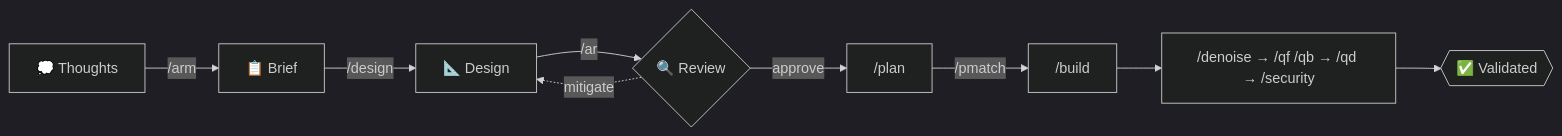
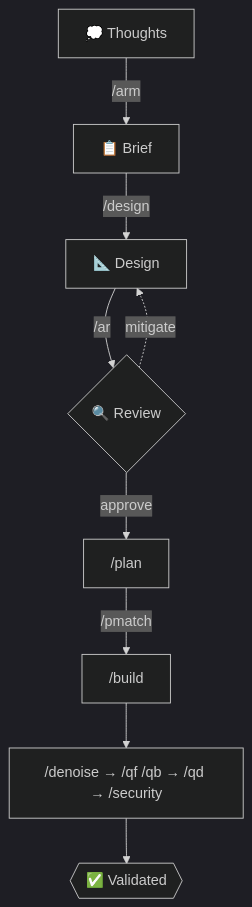
Before and after one commit to skillsets-cc/main: the first of 8 diagrams in skillsets/@supercollectible/Valence/content/README.md, drawn with Mermaid. The commit also changed other lines of this file and 1 other file, not shown here.

````diff
--- a/skillsets/@supercollectible/Valence/content/README.md
+++ b/skillsets/@supercollectible/Valence/content/README.md
@@ -77,12 +77,12 @@
 ```mermaid
 %%{init: {'theme': 'dark'}}%%
-flowchart LR
+flowchart TB
     A["💭 Thoughts"] -->|"/arm"| B["📋 Brief"]
     B -->|"/design"| C["📐 Design"]
     C -->|"/ar"| D{"🔍 Review"}
     D -->|approve| E["/plan"]
     D -.->|mitigate| C
     E -->|"/pmatch"| F["/build"]
     F --> G["/denoise → /qf /qb → /qd → /security"]
     G --> H{{"✅ Validated"}}
 ```
````
